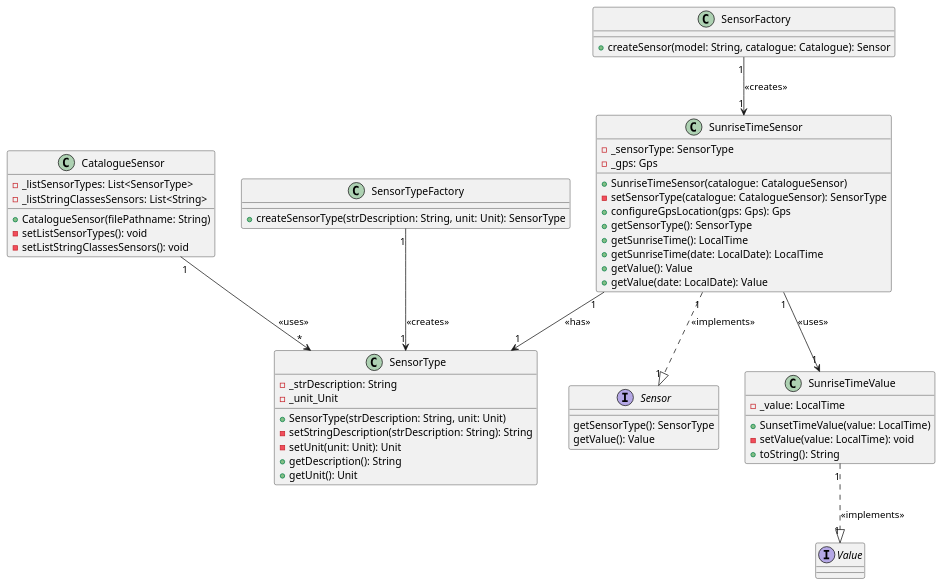
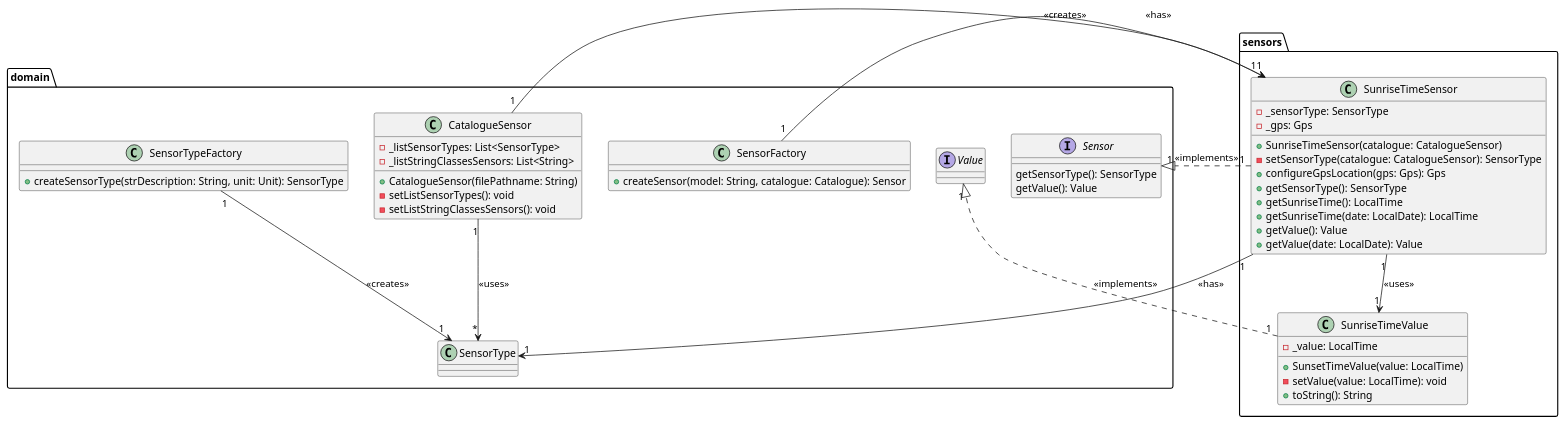
Before and after one commit to olivDiogo/SmartHome: the diagram in docs/ood/classDiagram/US20SunriseTimeSensor.puml, drawn with PlantUML. The commit also changed 1 other file, not shown here.

Commit message:
#38 diagrams updated

```diff
--- a/docs/ood/classDiagram/US20SunriseTimeSensor.puml
+++ b/docs/ood/classDiagram/US20SunriseTimeSensor.puml
@@ -1,83 +1,79 @@
 @startuml
+package domain{
+     class CatalogueSensor{
+        'Attributes'
+        - _listSensorTypes: List<SensorType>
+        - _listStringClassesSensors: List<String>
 
-    class CatalogueSensor{
-    'Attributes'
-    - _listSensorTypes: List<SensorType>
-    - _listStringClassesSensors: List<String>
+        'Methods'
+        +CatalogueSensor(filePathname: String)
+        -setListSensorTypes(): void
+        -setListStringClassesSensors(): void
+        }
 
-    'Methods'
-    +CatalogueSensor(filePathname: String)
-    -setListSensorTypes(): void
-    -setListStringClassesSensors(): void
-    }
+        class SensorType {
 
-    class SensorType {
-    'Atributes'
-    - _strDescription: String
-    - _unit_Unit
+        }
 
-    'Methods'
-    +SensorType(strDescription: String, unit: Unit)
-    -setStringDescription(strDescription: String): String
-    -setUnit(unit: Unit): Unit
-    +getDescription(): String
-    +getUnit(): Unit
-    }
+    interface Sensor{
+        'Methods'
+        getSensorType(): SensorType
+        getValue(): Value
+        }
+
+        interface Value{
+        }
+
+        class SensorFactory {
+        'Methods'
+        +createSensor(model: String, catalogue: Catalogue): Sensor
+        }
+
+        class SensorTypeFactory {
+        'Methods'
+        +createSensorType(strDescription: String, unit: Unit): SensorType
+        }
+}
+
+package sensors{
 
 class SunriseTimeValue{
 'Attributes'
 - _value: LocalTime
 
 'Methods'
 +SunsetTimeValue(value: LocalTime)
 -setValue(value: LocalTime): void
 +toString(): String
 }
     class SunriseTimeSensor{
     'Attributes'
     - _sensorType: SensorType
     - _gps: Gps
 
     'Methods'
     +SunriseTimeSensor(catalogue: CatalogueSensor)
     -setSensorType(catalogue: CatalogueSensor): SensorType
     +configureGpsLocation(gps: Gps): Gps
     +getSensorType(): SensorType
     +getSunriseTime(): LocalTime
     +getSunriseTime(date: LocalDate): LocalTime
     +getValue(): Value
     +getValue(date: LocalDate): Value
     }
+}
 
-    interface Sensor{
-    'Methods'
-    getSensorType(): SensorType
-    getValue(): Value
-    }
-
-    interface Value{
-    }
-
-    class SensorFactory {
-    'Methods'
-    +createSensor(model: String, catalogue: Catalogue): Sensor
-    }
-
-    class SensorTypeFactory {
-    'Methods'
-    +createSensorType(strDescription: String, unit: Unit): SensorType
-    }
 
 
 SensorFactory "1" --> "1" SunriseTimeSensor : <<creates>>
 SunriseTimeSensor "1" --> "1" SensorType : <<has>>
 SunriseTimeSensor "1" --> "1" SunriseTimeValue : <<uses>>
 SunriseTimeSensor "1" ..|> "1" Sensor: <<implements>>
 
-
+CatalogueSensor "1" --> "1" SunriseTimeSensor : <<has>>
 CatalogueSensor "1" --> "*" SensorType : <<uses>>
 SunriseTimeValue "1" ..|> "1" Value: <<implements>>
 SensorTypeFactory "1" --> "1" SensorType : <<creates>>
 
 
 @enduml
```
